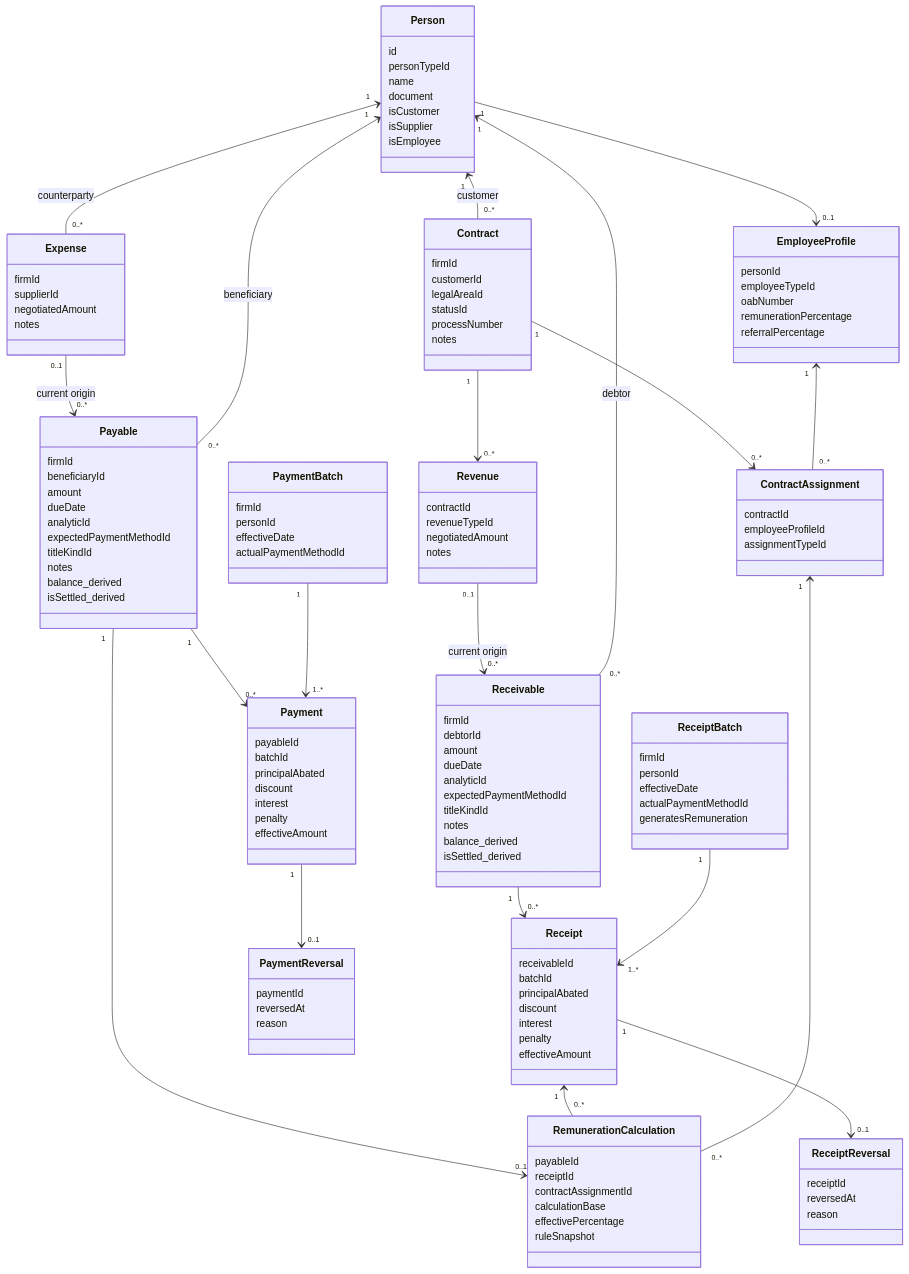
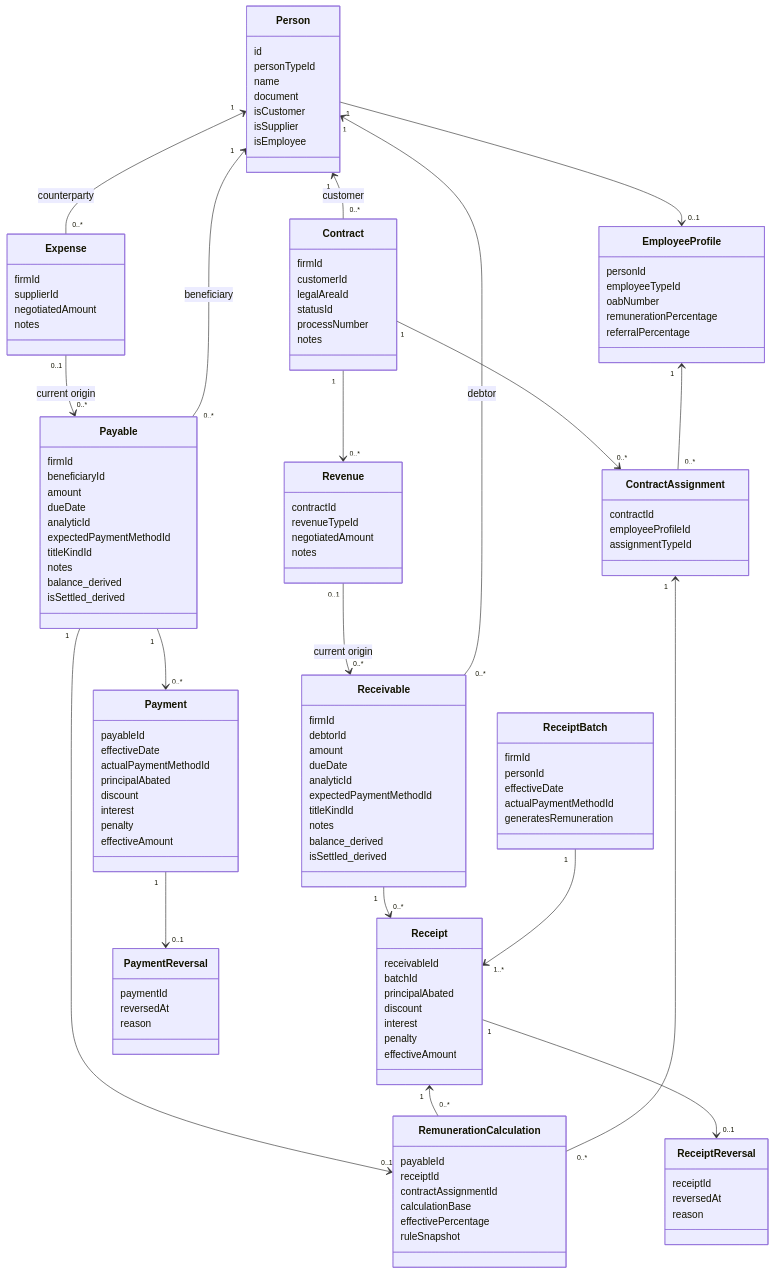
The first of 2 diagrams in docs/domain/FINANCIAL_UML.md (patrickbvargas/hono-start), drawn with Mermaid before and after one commit. The commit also changed other lines of this file and 36 other files, not shown here.

```diff
--- a/docs/domain/FINANCIAL_UML.md
+++ b/docs/domain/FINANCIAL_UML.md
@@ -83,7 +85,8 @@
 }
 class Payment {
   payableId
-  batchId
+  effectiveDate
+  actualPaymentMethodId
   principalAbated
   discount
   interest
@@ -96,12 +99,6 @@
   effectiveDate
   actualPaymentMethodId
   generatesRemuneration
-}
-class PaymentBatch {
-  firmId
-  personId
-  effectiveDate
-  actualPaymentMethodId
 }
 class RemunerationCalculation {
   payableId
@@ -134,7 +131,6 @@
 Receivable "1" --> "0..*" Receipt
 Payable "1" --> "0..*" Payment
 ReceiptBatch "1" --> "1..*" Receipt
-PaymentBatch "1" --> "1..*" Payment
 Receipt "1" --> "0..1" ReceiptReversal
 Payment "1" --> "0..1" PaymentReversal
 Payable "1" --> "0..1" RemunerationCalculation
```
